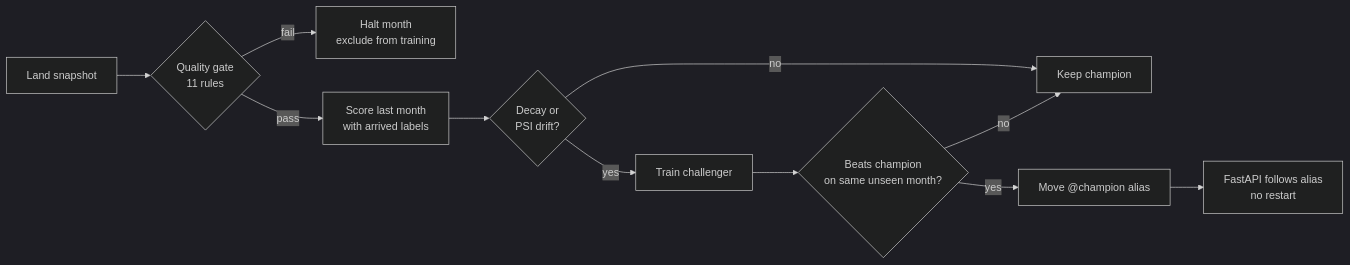
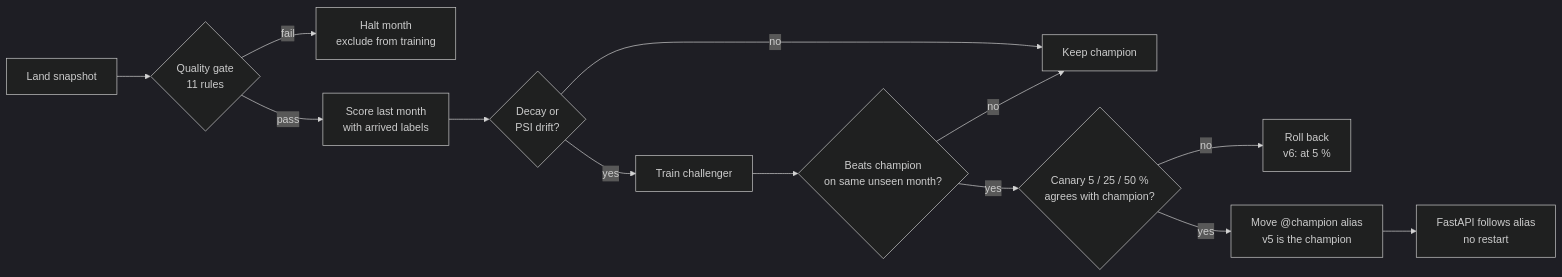
The third of 5 diagrams in docs/architecture.md (masterfabric/masterfabric-data-architecture-adr), drawn with Mermaid (dark theme) before and after one commit. The commit also changed other lines of this file, not shown here.

Commit message:
docs(architecture): Flink and schema registry, WAP, DuckDB, canary and feature store, classifier and reranker in the request path, updated Cloudera mapping

````diff
--- a/docs/architecture.md
+++ b/docs/architecture.md
@@ -63,13 +68,15 @@
 ```mermaid
 flowchart LR
   L[Land snapshot] --> Q{Quality gate<br/>11 rules}
   Q -- fail --> H[Halt month<br/>exclude from training]
   Q -- pass --> E[Score last month<br/>with arrived labels]
   E --> DR{Decay or<br/>PSI drift?}
   DR -- no --> K[Keep champion]
   DR -- yes --> T[Train challenger]
   T --> C{Beats champion<br/>on same unseen month?}
   C -- no --> K
-  C -- yes --> P[Move @champion alias]
+  C -- yes --> CN{Canary 5 / 25 / 50 %<br/>agrees with champion?}
+  CN -- no --> RB[Roll back<br/>v6: at 5 %]
+  CN -- yes --> P[Move @champion alias<br/>v5 is the champion]
   P --> API[FastAPI follows alias<br/>no restart]
 ```
````
